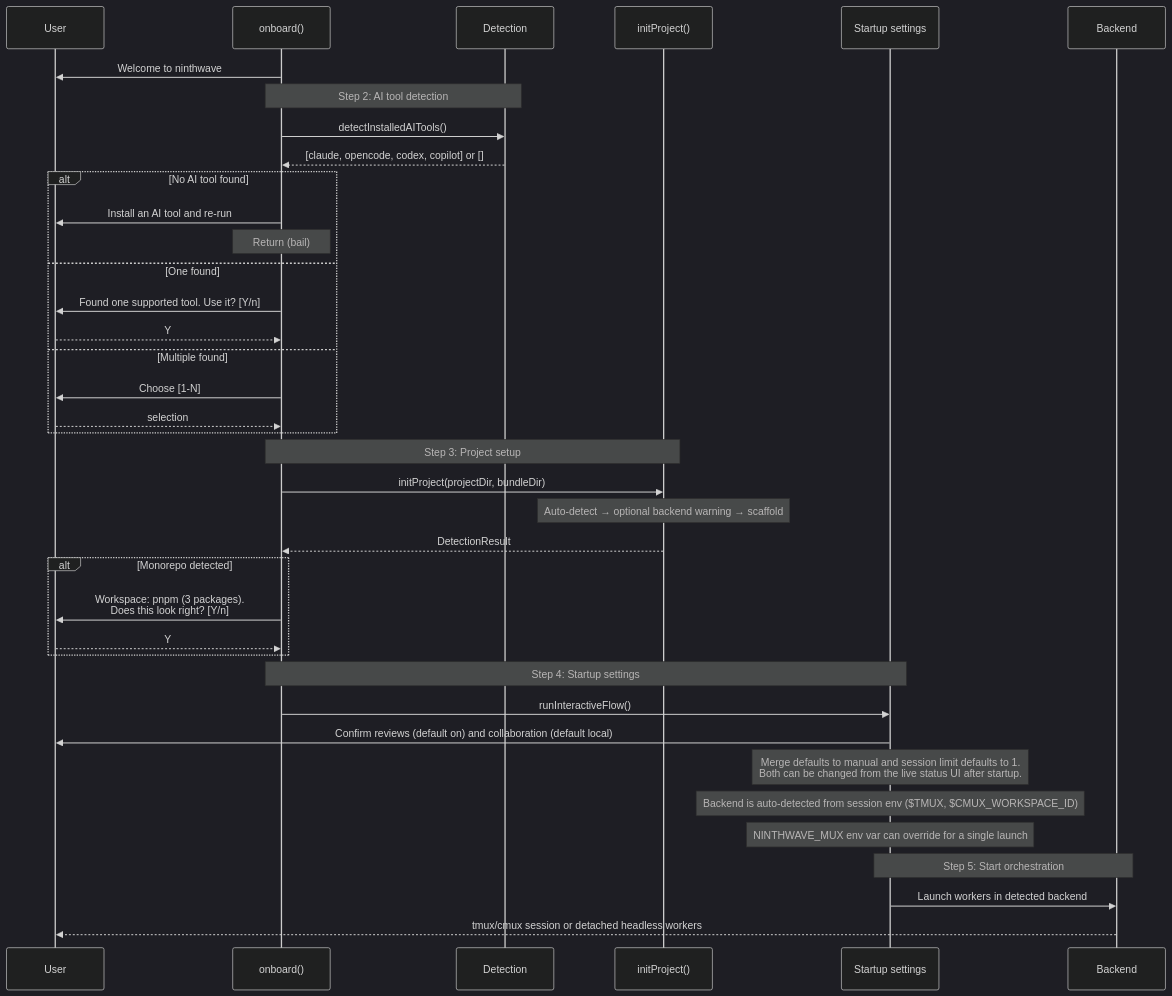
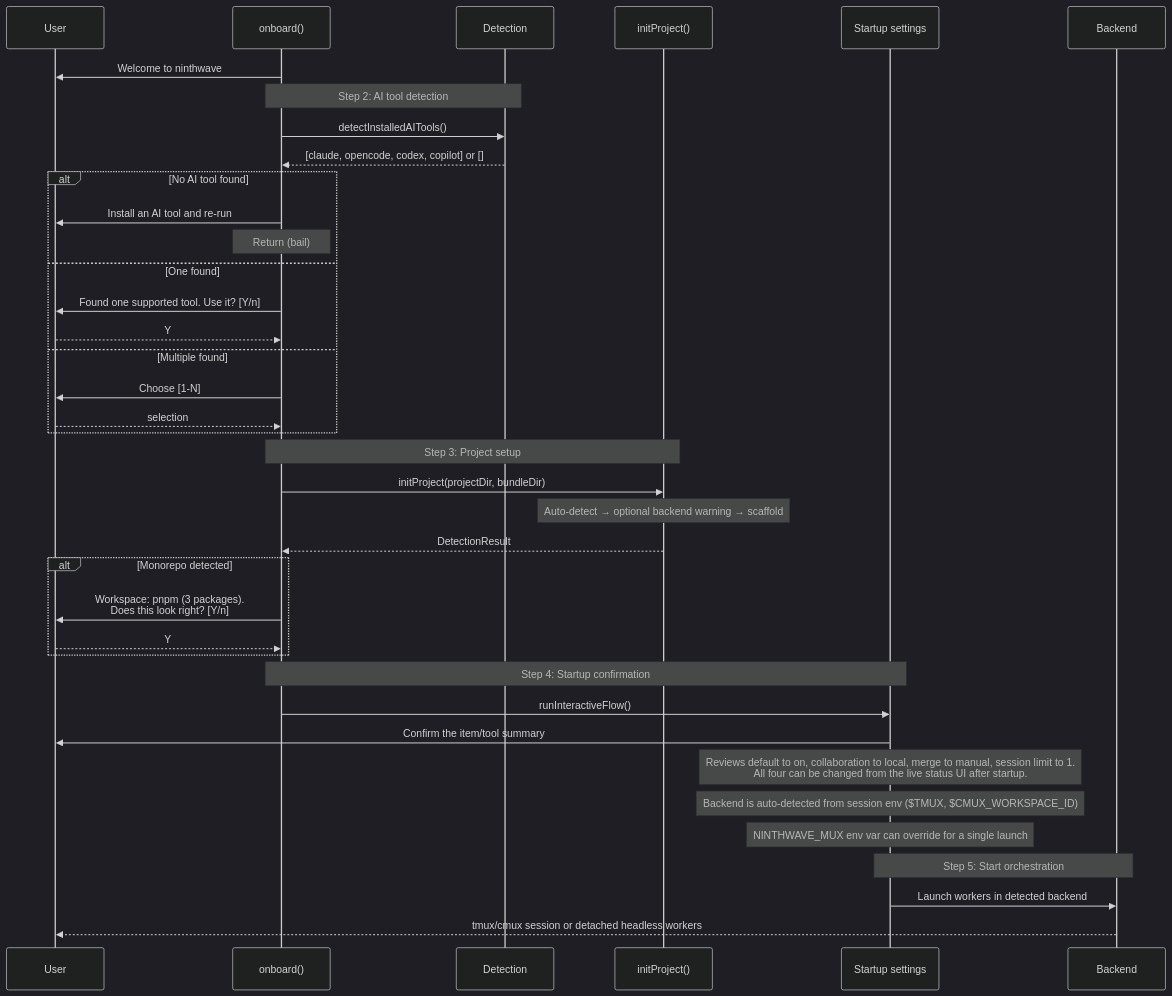
The second of 4 diagrams in docs/onboarding.md (ninthwave-sh/ninthwave), drawn with Mermaid (dark theme) before and after one commit. The commit also changed other lines of this file and 18 other files, not shown here.

First line of the commit message:
refactor: remove startup settings screen and collapse collaboration modes

````diff
--- a/docs/onboarding.md
+++ b/docs/onboarding.md
@@ -58,47 +58,47 @@
 ```mermaid
 sequenceDiagram
     participant U as User
     participant O as onboard()
     participant D as Detection
     participant I as initProject()
     participant S as Startup settings
     participant B as Backend
 
     O->>U: Welcome to ninthwave
 
     Note over O,D: Step 2: AI tool detection
     O->>D: detectInstalledAITools()
     D-->>O: [claude, opencode, codex, copilot] or []
 
     alt No AI tool found
         O->>U: Install an AI tool and re-run
         Note over O: Return (bail)
     else One found
         O->>U: Found one supported tool. Use it? [Y/n]
         U-->>O: Y
     else Multiple found
         O->>U: Choose [1-N]
         U-->>O: selection
     end
 
     Note over O,I: Step 3: Project setup
     O->>I: initProject(projectDir, bundleDir)
     Note over I: Auto-detect → optional backend warning → scaffold
     I-->>O: DetectionResult
 
     alt Monorepo detected
         O->>U: Workspace: pnpm (3 packages).<br/>Does this look right? [Y/n]
         U-->>O: Y
     end
 
-    Note over O,S: Step 4: Startup settings
+    Note over O,S: Step 4: Startup confirmation
     O->>S: runInteractiveFlow()
-    S->>U: Confirm reviews (default on) and collaboration (default local)
-    Note over S: Merge defaults to manual and session limit defaults to 1.<br/>Both can be changed from the live status UI after startup.
+    S->>U: Confirm the item/tool summary
+    Note over S: Reviews default to on, collaboration to local, merge to manual, session limit to 1.<br/>All four can be changed from the live status UI after startup.
     Note over S: Backend is auto-detected from session env ($TMUX, $CMUX_WORKSPACE_ID)
     Note over S: NINTHWAVE_MUX env var can override for a single launch
 
     Note over S,B: Step 5: Start orchestration
     S->>B: Launch workers in detected backend
     B-->>U: tmux/cmux session or detached headless workers
 ```
````
